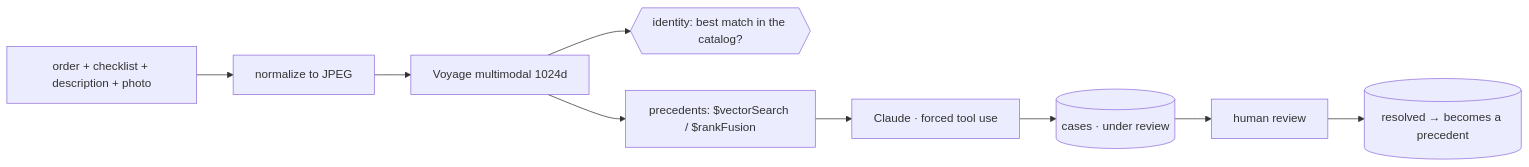
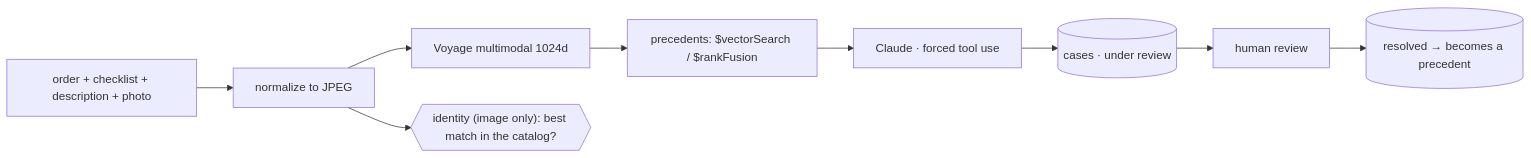
The diagram in README.md (adrianofratelli-glitch/multimodal-warranty-triage), drawn with Mermaid before and after one commit. The commit also changed other lines of this file and 19 other files, not shown here.

````diff
--- a/README.md
+++ b/README.md
@@ -29,10 +29,10 @@
 ```mermaid
 flowchart LR
     A[order + checklist + description + photo] --> B[normalize to JPEG]
     B --> C[Voyage multimodal 1024d]
-    C --> D{{"identity: best match in the catalog?"}}
+    B --> D{{"identity (image only): best match in the catalog?"}}
     C --> E["precedents: $vectorSearch / $rankFusion"]
     E --> F[Claude · forced tool use]
     F --> G[(cases · under review)]
     G --> H[human review] --> I[(resolved → becomes a precedent)]
 ```
````
